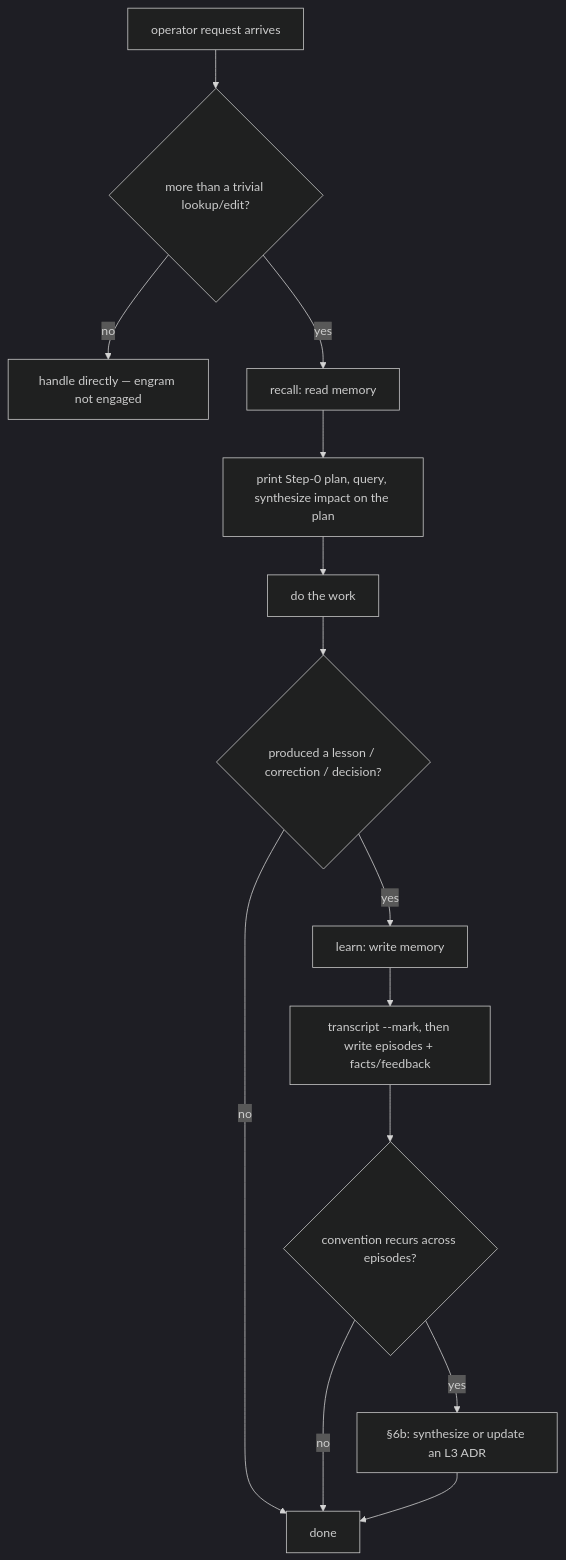
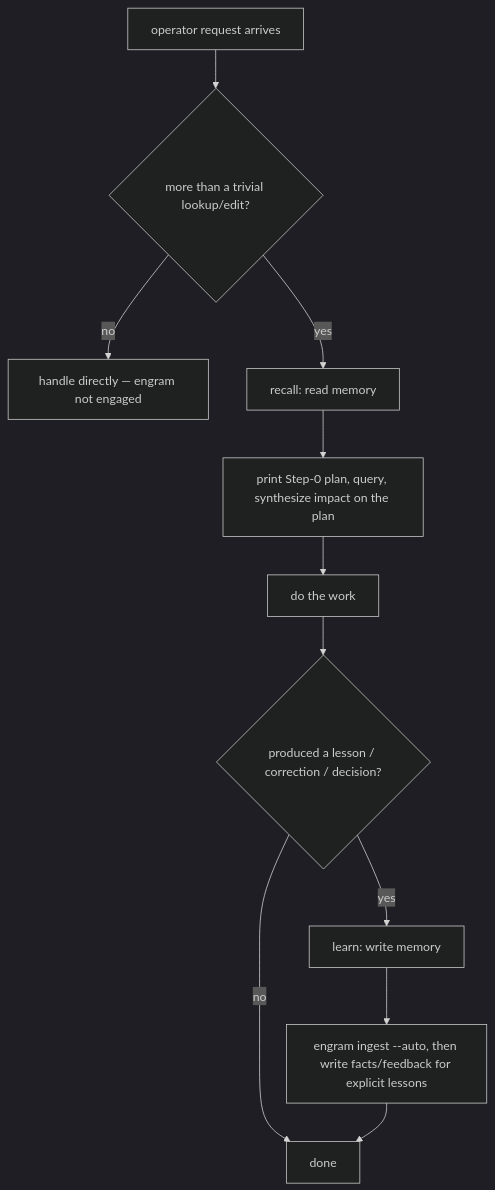
The sixth of 7 diagrams in docs/architecture/c1-system-context.md (toejough/engram), drawn with Mermaid (dark theme) before and after one commit. The commit also changed other lines of this file and 5 other files, not shown here.

````diff
--- a/docs/architecture/c1-system-context.md
+++ b/docs/architecture/c1-system-context.md
@@ -320,16 +331,13 @@
 ```mermaid
 flowchart TD
     A[operator request arrives] --> B{more than a trivial lookup/edit?}
     B -->|no| Z[handle directly — engram not engaged]
     B -->|yes| C[recall: read memory]
     C --> D[print Step-0 plan, query, synthesize impact on the plan]
     D --> E[do the work]
     E --> F{produced a lesson / correction / decision?}
     F -->|no| G[done]
     F -->|yes| H[learn: write memory]
-    H --> I[transcript --mark, then write episodes + facts/feedback]
-    I --> J{convention recurs across episodes?}
-    J -->|yes| K[§6b: synthesize or update an L3 ADR]
-    J -->|no| G
-    K --> G
+    H --> I[engram ingest --auto, then write facts/feedback for explicit lessons]
+    I --> G
 ```
````
